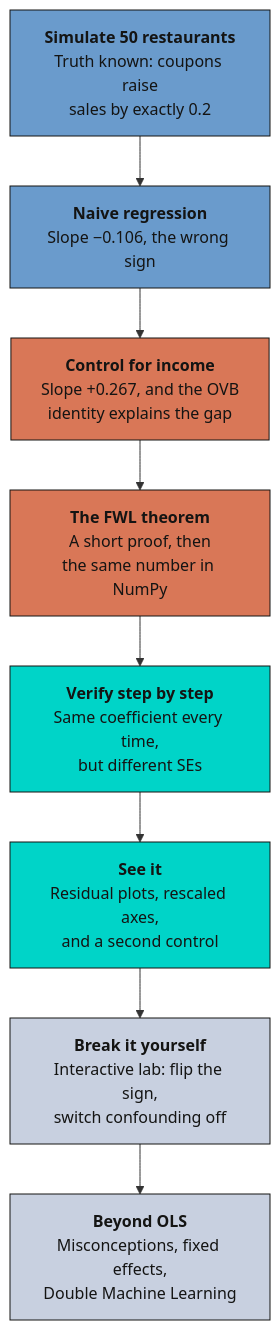
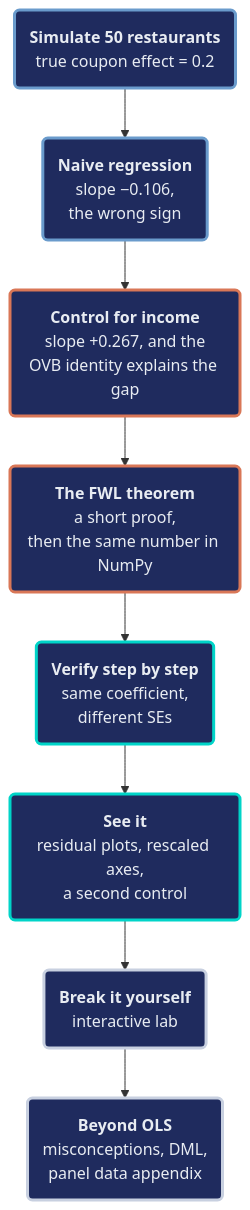
One commit to cmg777/starter-academic-v501 changed the first of 2 diagrams in content/post/python_fwl/index.md. Above: the diagram before and after it, drawn with Mermaid. The commit also changed other lines of this file and 1 other file, not shown here.

Commit message:
content(python_fwl): restyle flowcharts to match panel_intro
- Road-ahead and DAG diagrams: navy panels, light text, rounded boxes, colored borders
  (same classDef look as python_panel_intro; identical in both themes).
- Road ahead: shorter labels, same four color groups, last box names the panel appendix.
- DAG: role labels (confounder / treatment / outcome); backdoor arrows dashed orange,
  causal arrow solid teal and longer.
- Surrounding paragraphs rewritten to match (no em dashes or apostrophes).
- Log: logs/2026-10-02-python-fwl-mermaid-restyle.md

````diff
--- a/content/post/python_fwl/index.md
+++ b/content/post/python_fwl/index.md
@@ -134,18 +134,18 @@
 ```mermaid
 graph TD
-    A["<b>Simulate 50 restaurants</b><br/>Truth known: coupons raise<br/>sales by exactly 0.2"] --> B["<b>Naive regression</b><br/>Slope −0.106, the wrong sign"]
-    B --> C["<b>Control for income</b><br/>Slope +0.267, and the OVB<br/>identity explains the gap"]
-    C --> D["<b>The FWL theorem</b><br/>A short proof, then<br/>the same number in NumPy"]
-    D --> E["<b>Verify step by step</b><br/>Same coefficient every time,<br/>but different SEs"]
-    E --> F["<b>See it</b><br/>Residual plots, rescaled axes,<br/>and a second control"]
-    F --> G["<b>Break it yourself</b><br/>Interactive lab: flip the sign,<br/>switch confounding off"]
-    G --> H["<b>Beyond OLS</b><br/>Misconceptions, fixed effects,<br/>Double Machine Learning"]
-    style A fill:#6a9bcc,stroke:#141413,color:#141413
-    style B fill:#6a9bcc,stroke:#141413,color:#141413
-    style C fill:#d97757,stroke:#141413,color:#141413
-    style D fill:#d97757,stroke:#141413,color:#141413
-    style E fill:#00d4c8,stroke:#141413,color:#141413
-    style F fill:#00d4c8,stroke:#141413,color:#141413
-    style G fill:#c8d0e0,stroke:#141413,color:#141413
-    style H fill:#c8d0e0,stroke:#141413,color:#141413
+    A("<b>Simulate 50 restaurants</b><br/>true coupon effect = 0.2") --> B("<b>Naive regression</b><br/>slope −0.106,<br/>the wrong sign")
+    B --> C("<b>Control for income</b><br/>slope +0.267, and the<br/>OVB identity explains the gap")
+    C --> D("<b>The FWL theorem</b><br/>a short proof,<br/>then the same number in NumPy")
+    D --> E("<b>Verify step by step</b><br/>same coefficient,<br/>different SEs")
+    E --> F("<b>See it</b><br/>residual plots, rescaled axes,<br/>a second control")
+    F --> G("<b>Break it yourself</b><br/>interactive lab")
+    G --> H("<b>Beyond OLS</b><br/>misconceptions, DML,<br/>panel data appendix")
+    classDef puzzle fill:#1f2b5e,stroke:#6a9bcc,stroke-width:3px,color:#e8ecf2
+    classDef solve fill:#1f2b5e,stroke:#d97757,stroke-width:3px,color:#e8ecf2
+    classDef check fill:#1f2b5e,stroke:#00d4c8,stroke-width:3px,color:#e8ecf2
+    classDef practice fill:#1f2b5e,stroke:#c8d0e0,stroke-width:3px,color:#e8ecf2
+    class A,B puzzle
+    class C,D solve
+    class E,F check
+    class G,H practice
 ```
````
